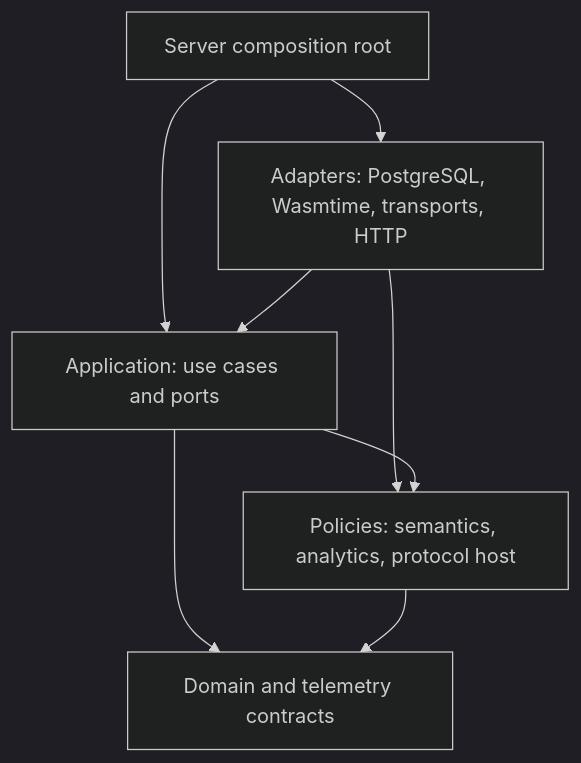
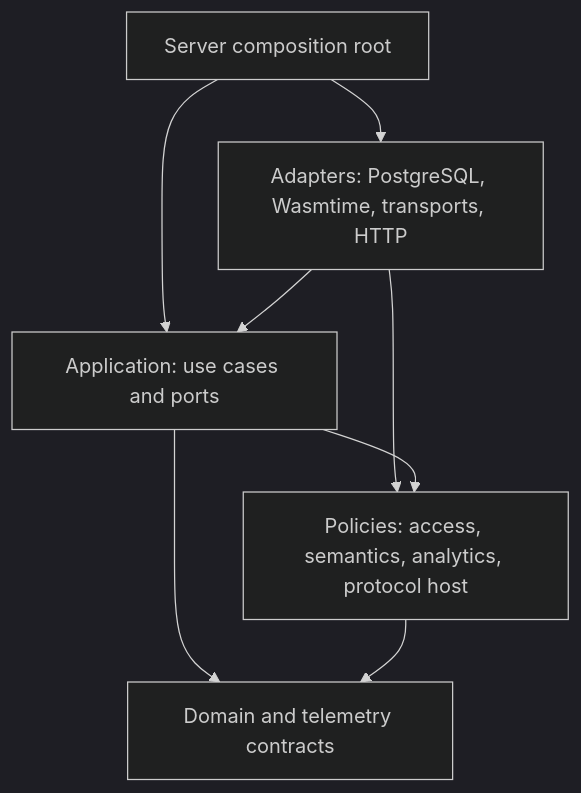
The fourth of 4 diagrams in docs/architecture/README.md (stanimirivanov/fleetiq-platform), drawn with Mermaid (dark theme) before and after one commit. The commit also changed other lines of this file and 43 other files, not shown here.

````diff
--- a/docs/architecture/README.md
+++ b/docs/architecture/README.md
@@ -97,16 +97,16 @@
 ```mermaid
 flowchart TB
     Server[Server composition root]
     Adapters[Adapters: PostgreSQL, Wasmtime, transports, HTTP]
     Application[Application: use cases and ports]
-    Policies[Policies: semantics, analytics, protocol host]
+    Policies[Policies: access, semantics, analytics, protocol host]
     Domain[Domain and telemetry contracts]
 
     Server --> Adapters
     Server --> Application
     Adapters --> Application
     Adapters --> Policies
     Application --> Policies
     Application --> Domain
     Policies --> Domain
 ```
````
